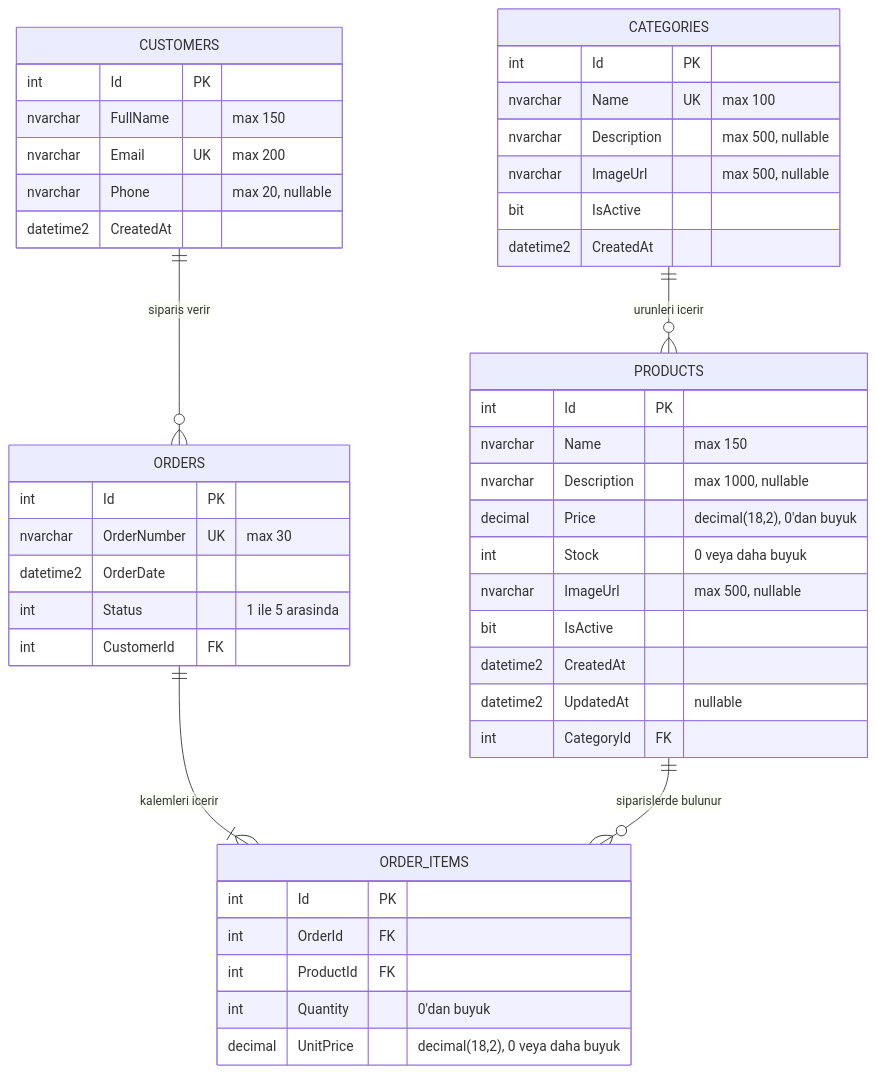
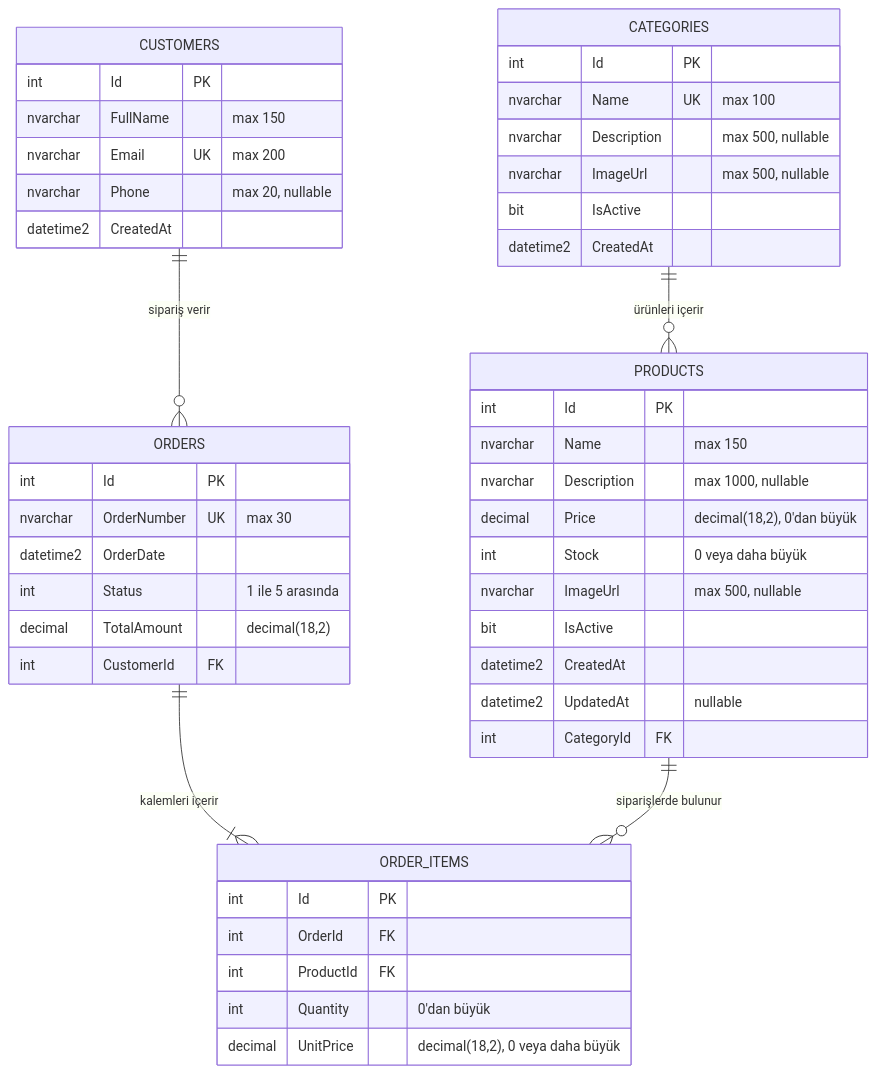
The diagram in diagrams/database-diagram.md (aysemandirali/MiniShop), drawn with Mermaid before and after one commit. The commit also changed 1 other file, not shown here.

Commit message:
docs: fix Turkish characters and bring docs up to date
- Rewrite README with proper Turkish diacritics (was plain ASCII
  throughout) and correct outdated descriptions: free-text customer
  name at order time, real Wikimedia product photos, admin PIN (1234)
- Fix Turkish characters in database-diagram.md relationship labels
  and add the missing Orders.TotalAmount field

````diff
--- a/diagrams/database-diagram.md
+++ b/diagrams/database-diagram.md
@@ -3,53 +3,54 @@
 ```mermaid
  erDiagram
-     CATEGORIES ||--o{ PRODUCTS : "urunleri icerir"
-     CUSTOMERS ||--o{ ORDERS : "siparis verir"
-     ORDERS ||--|{ ORDER_ITEMS : "kalemleri icerir"
-     PRODUCTS ||--o{ ORDER_ITEMS : "siparislerde bulunur"
+     CATEGORIES ||--o{ PRODUCTS : "ürünleri içerir"
+     CUSTOMERS ||--o{ ORDERS : "sipariş verir"
+     ORDERS ||--|{ ORDER_ITEMS : "kalemleri içerir"
+     PRODUCTS ||--o{ ORDER_ITEMS : "siparişlerde bulunur"
 
      CATEGORIES {
          int Id PK
          nvarchar Name UK "max 100"
          nvarchar Description "max 500, nullable"
          nvarchar ImageUrl "max 500, nullable"
          bit IsActive
          datetime2 CreatedAt
      }
 
      PRODUCTS {
          int Id PK
          nvarchar Name "max 150"
          nvarchar Description "max 1000, nullable"
-         decimal Price "decimal(18,2), 0'dan buyuk"
-         int Stock "0 veya daha buyuk"
+         decimal Price "decimal(18,2), 0'dan büyük"
+         int Stock "0 veya daha büyük"
          nvarchar ImageUrl "max 500, nullable"
          bit IsActive
          datetime2 CreatedAt
          datetime2 UpdatedAt "nullable"
          int CategoryId FK
      }
 
      CUSTOMERS {
          int Id PK
          nvarchar FullName "max 150"
          nvarchar Email UK "max 200"
          nvarchar Phone "max 20, nullable"
          datetime2 CreatedAt
      }
 
      ORDERS {
          int Id PK
          nvarchar OrderNumber UK "max 30"
          datetime2 OrderDate
-         int Status "1 ile 5 arasinda"
+         int Status "1 ile 5 arasında"
+         decimal TotalAmount "decimal(18,2)"
          int CustomerId FK
      }
 
      ORDER_ITEMS {
          int Id PK
          int OrderId FK
          int ProductId FK
-         int Quantity "0'dan buyuk"
-         decimal UnitPrice "decimal(18,2), 0 veya daha buyuk"
+         int Quantity "0'dan büyük"
+         decimal UnitPrice "decimal(18,2), 0 veya daha büyük"
      }
 ```
````
